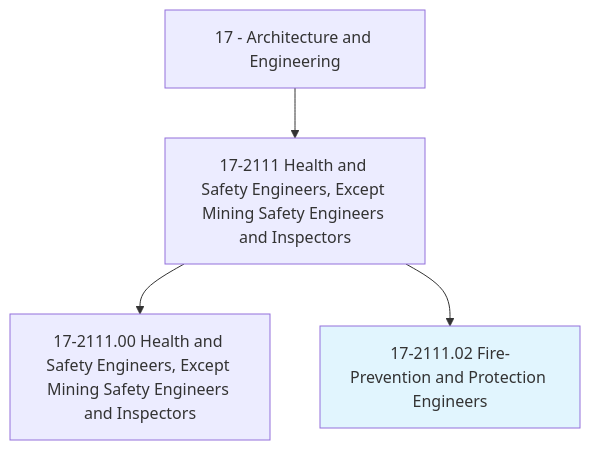
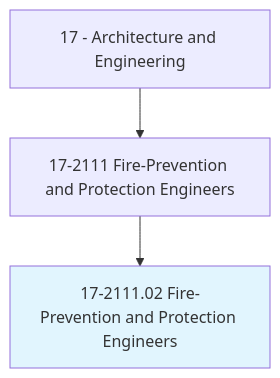
Before and after one commit to kziemski/business.org.ai: the first of 4 diagrams in occupations/Architecture/FirePreventionAndProtectionEngineers.mdx, drawn with Mermaid. The commit also changed other lines of this file and 938 other files, not shown here.

````diff
--- a/occupations/Architecture/FirePreventionAndProtectionEngineers.mdx
+++ b/occupations/Architecture/FirePreventionAndProtectionEngineers.mdx
@@ -19,7 +23,6 @@
 ```mermaid
 graph TD
-    Cat17["17 - Architecture and Engineering"] --> Group172111["17-2111 Health and Safety Engineers, Except Mining Safety Engineers and Inspectors"]
-    Group172111 --> Base["17-2111.00 Health and Safety Engineers, Except Mining Safety Engineers and Inspectors"]
+    Cat17["17 - Architecture and Engineering"] --> Group172111["17-2111 Fire-Prevention and Protection Engineers"]
     Group172111 --> Current["17-2111.02 Fire-Prevention and Protection Engineers"]
     style Current fill:#e1f5fe
 ```
````
